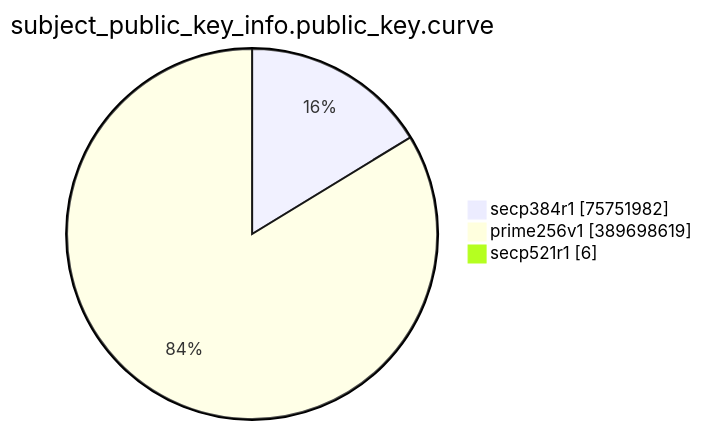
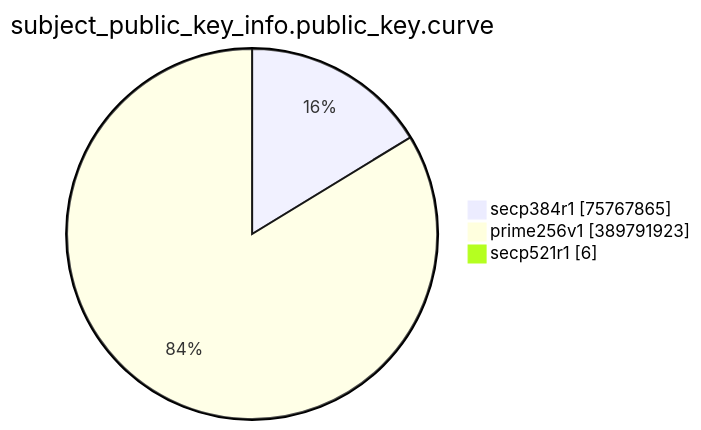
One commit to christiankrug/ctmonitor_visualization changed the eighth of 15 diagrams in TOTAL/README.md. Above: the diagram before and after it, drawn with Mermaid. The commit also changed other lines of this file, not shown here.

````diff
--- a/TOTAL/README.md
+++ b/TOTAL/README.md
@@ -3094,7 +3094,7 @@
 ```mermaid
 pie showData
 title subject_public_key_info.public_key.curve
-"secp384r1" :75751982
-"prime256v1" :389698619
+"secp384r1" :75767865
+"prime256v1" :389791923
 "secp521r1" :6
 ```
````
